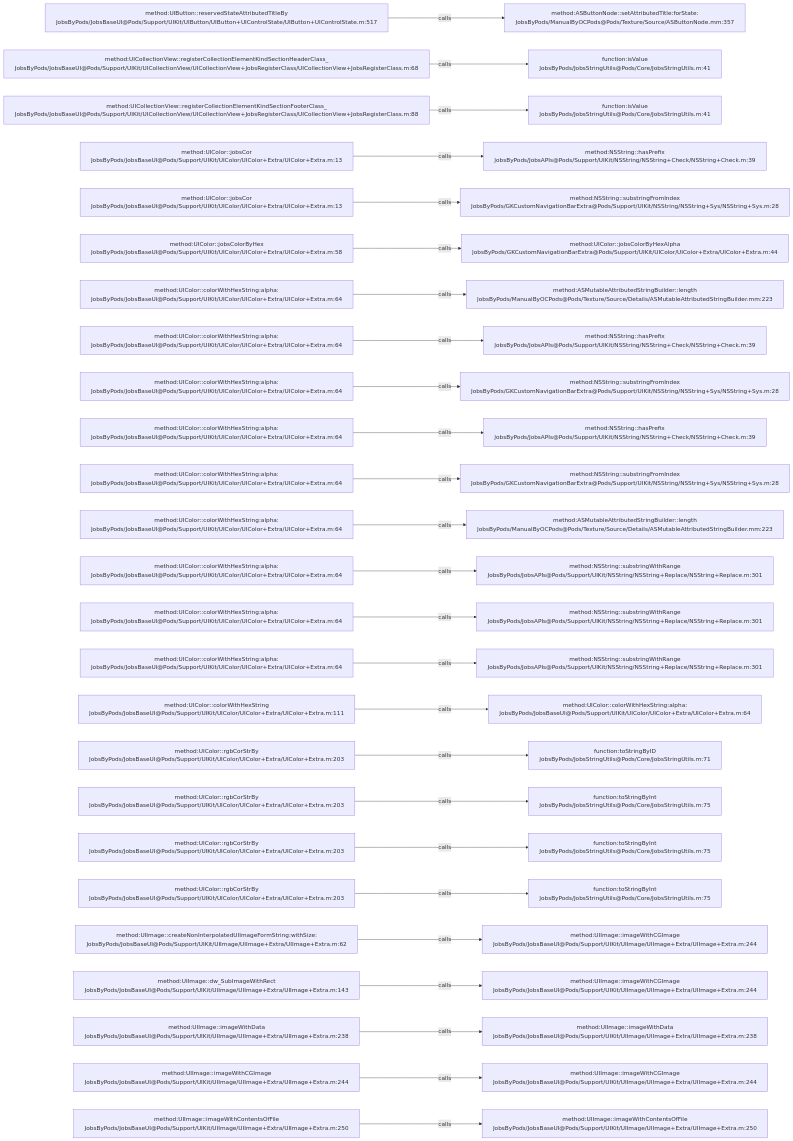
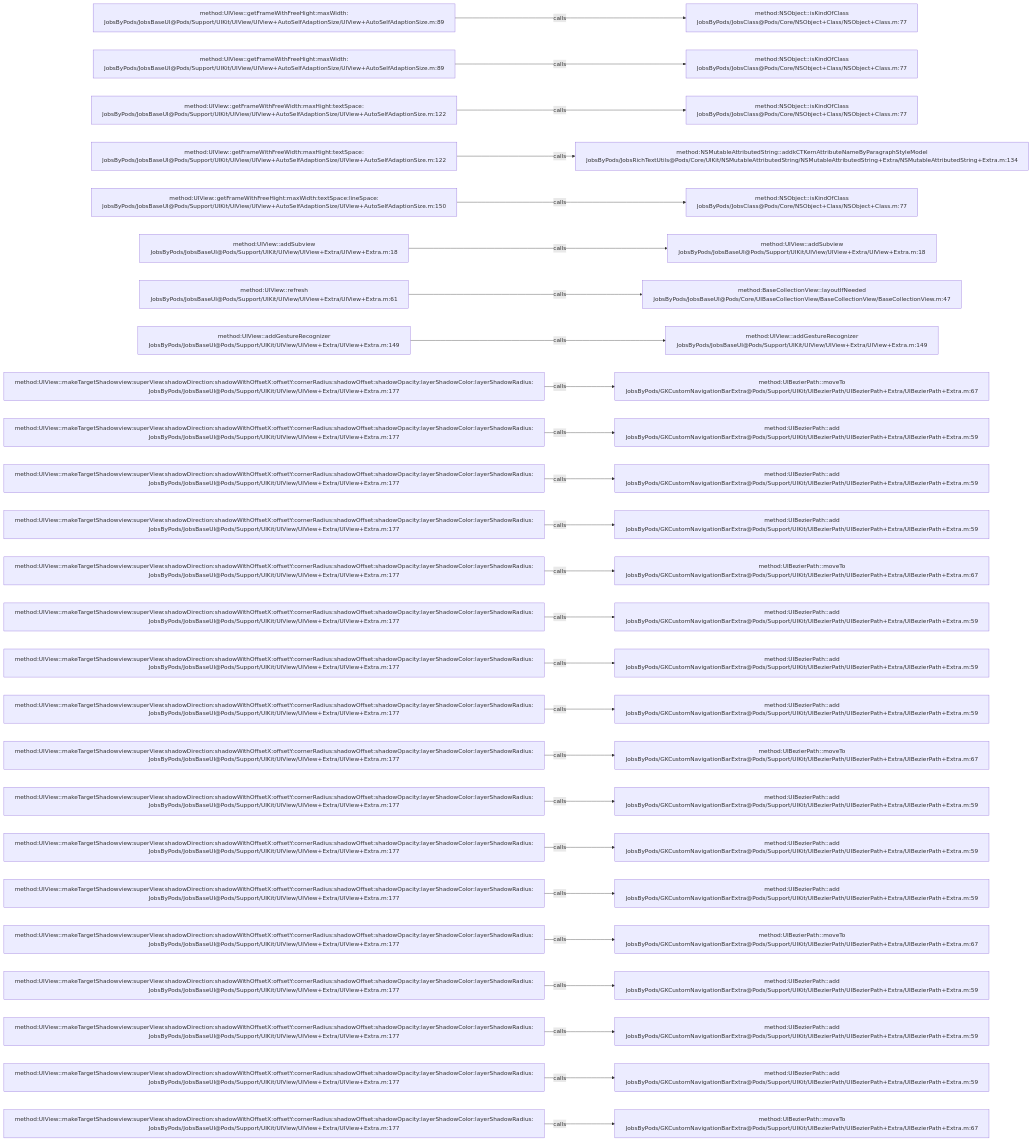
One commit to JobsKits/JobsOCBaseConfigDemo changed the diagram in .codegraph/codegraph.md/graphs/calls-044.md. Above: the diagram before and after it, drawn with Mermaid. The commit also changed 639 other files, not shown here.

````diff
--- a/.codegraph/codegraph.md/graphs/calls-044.md
+++ b/.codegraph/codegraph.md/graphs/calls-044.md
@@ -13,78 +13,78 @@
 ```mermaid
 flowchart LR
-  S1["method:UIButton::reservedStateAttributedTitleBy<br/>JobsByPods/JobsBaseUI@Pods/Support/UIKit/UIButton/UIButton+UIControlState/UIButton+UIControlState.m:517"]
-  T1["method:ASButtonNode::setAttributedTitle:forState:<br/>JobsByPods/ManualByOCPods@Pods/Texture/Source/ASButtonNode.mm:357"]
+  S1["method:UIView::getFrameWithFreeHight:maxWidth:<br/>JobsByPods/JobsBaseUI@Pods/Support/UIKit/UIView/UIView+AutoSelfAdaptionSize/UIView+AutoSelfAdaptionSize.m:89"]
+  T1["method:NSObject::isKindOfClass<br/>JobsByPods/JobsClass@Pods/Core/NSObject+Class/NSObject+Class.m:77"]
   S1 -->|calls| T1
-  S2["method:UICollectionView::registerCollectionElementKindSectionHeaderClass_<br/>JobsByPods/JobsBaseUI@Pods/Support/UIKit/UICollectionView/UICollectionView+JobsRegisterClass/UICollectionView+JobsRegisterClass.m:68"]
-  T2["function:isValue<br/>JobsByPods/JobsStringUtils@Pods/Core/JobsStringUtils.m:41"]
+  S2["method:UIView::getFrameWithFreeHight:maxWidth:<br/>JobsByPods/JobsBaseUI@Pods/Support/UIKit/UIView/UIView+AutoSelfAdaptionSize/UIView+AutoSelfAdaptionSize.m:89"]
+  T2["method:NSObject::isKindOfClass<br/>JobsByPods/JobsClass@Pods/Core/NSObject+Class/NSObject+Class.m:77"]
   S2 -->|calls| T2
-  S3["method:UICollectionView::registerCollectionElementKindSectionFooterClass_<br/>JobsByPods/JobsBaseUI@Pods/Support/UIKit/UICollectionView/UICollectionView+JobsRegisterClass/UICollectionView+JobsRegisterClass.m:88"]
-  T3["function:isValue<br/>JobsByPods/JobsStringUtils@Pods/Core/JobsStringUtils.m:41"]
+  S3["method:UIView::getFrameWithFreeWidth:maxHight:textSpace:<br/>JobsByPods/JobsBaseUI@Pods/Support/UIKit/UIView/UIView+AutoSelfAdaptionSize/UIView+AutoSelfAdaptionSize.m:122"]
+  T3["method:NSObject::isKindOfClass<br/>JobsByPods/JobsClass@Pods/Core/NSObject+Class/NSObject+Class.m:77"]
   S3 -->|calls| T3
-  S4["method:UIColor::jobsCor<br/>JobsByPods/JobsBaseUI@Pods/Support/UIKit/UIColor/UIColor+Extra/UIColor+Extra.m:13"]
-  T4["method:NSString::hasPrefix<br/>JobsByPods/JobsAPIs@Pods/Support/UIKit/NSString/NSString+Check/NSString+Check.m:39"]
+  S4["method:UIView::getFrameWithFreeWidth:maxHight:textSpace:<br/>JobsByPods/JobsBaseUI@Pods/Support/UIKit/UIView/UIView+AutoSelfAdaptionSize/UIView+AutoSelfAdaptionSize.m:122"]
+  T4["method:NSMutableAttributedString::addkCTKernAttributeNameByParagraphStyleModel<br/>JobsByPods/JobsRichTextUtils@Pods/Core/UIKit/NSMutableAttributedString/NSMutableAttributedString+Extra/NSMutableAttributedString+Extra.m:134"]
   S4 -->|calls| T4
-  S5["method:UIColor::jobsCor<br/>JobsByPods/JobsBaseUI@Pods/Support/UIKit/UIColor/UIColor+Extra/UIColor+Extra.m:13"]
-  T5["method:NSString::substringFromIndex<br/>JobsByPods/GKCustomNavigationBarExtra@Pods/Support/UIKit/NSString/NSString+Sys/NSString+Sys.m:28"]
+  S5["method:UIView::getFrameWithFreeHight:maxWidth:textSpace:lineSpace:<br/>JobsByPods/JobsBaseUI@Pods/Support/UIKit/UIView/UIView+AutoSelfAdaptionSize/UIView+AutoSelfAdaptionSize.m:150"]
+  T5["method:NSObject::isKindOfClass<br/>JobsByPods/JobsClass@Pods/Core/NSObject+Class/NSObject+Class.m:77"]
   S5 -->|calls| T5
-  S6["method:UIColor::jobsColorByHex<br/>JobsByPods/JobsBaseUI@Pods/Support/UIKit/UIColor/UIColor+Extra/UIColor+Extra.m:58"]
-  T6["method:UIColor::jobsColorByHexAlpha<br/>JobsByPods/GKCustomNavigationBarExtra@Pods/Support/UIKit/UIColor/UIColor+Extra/UIColor+Extra.m:44"]
+  S6["method:UIView::addSubview<br/>JobsByPods/JobsBaseUI@Pods/Support/UIKit/UIView/UIView+Extra/UIView+Extra.m:18"]
+  T6["method:UIView::addSubview<br/>JobsByPods/JobsBaseUI@Pods/Support/UIKit/UIView/UIView+Extra/UIView+Extra.m:18"]
   S6 -->|calls| T6
-  S7["method:UIColor::colorWithHexString:alpha:<br/>JobsByPods/JobsBaseUI@Pods/Support/UIKit/UIColor/UIColor+Extra/UIColor+Extra.m:64"]
-  T7["method:ASMutableAttributedStringBuilder::length<br/>JobsByPods/ManualByOCPods@Pods/Texture/Source/Details/ASMutableAttributedStringBuilder.mm:223"]
+  S7["method:UIView::refresh<br/>JobsByPods/JobsBaseUI@Pods/Support/UIKit/UIView/UIView+Extra/UIView+Extra.m:61"]
+  T7["method:BaseCollectionView::layoutIfNeeded<br/>JobsByPods/JobsBaseUI@Pods/Core/UIBaseCollectionView/BaseCollectionView/BaseCollectionView.m:47"]
   S7 -->|calls| T7
-  S8["method:UIColor::colorWithHexString:alpha:<br/>JobsByPods/JobsBaseUI@Pods/Support/UIKit/UIColor/UIColor+Extra/UIColor+Extra.m:64"]
-  T8["method:NSString::hasPrefix<br/>JobsByPods/JobsAPIs@Pods/Support/UIKit/NSString/NSString+Check/NSString+Check.m:39"]
+  S8["method:UIView::addGestureRecognizer<br/>JobsByPods/JobsBaseUI@Pods/Support/UIKit/UIView/UIView+Extra/UIView+Extra.m:149"]
+  T8["method:UIView::addGestureRecognizer<br/>JobsByPods/JobsBaseUI@Pods/Support/UIKit/UIView/UIView+Extra/UIView+Extra.m:149"]
   S8 -->|calls| T8
-  S9["method:UIColor::colorWithHexString:alpha:<br/>JobsByPods/JobsBaseUI@Pods/Support/UIKit/UIColor/UIColor+Extra/UIColor+Extra.m:64"]
-  T9["method:NSString::substringFromIndex<br/>JobsByPods/GKCustomNavigationBarExtra@Pods/Support/UIKit/NSString/NSString+Sys/NSString+Sys.m:28"]
+  S9["method:UIView::makeTargetShadowview:superView:shadowDirection:shadowWithOffsetX:offsetY:cornerRadius:shadowOffset:shadowOpacity:layerShadowColor:layerShadowRadius:<br/>JobsByPods/JobsBaseUI@Pods/Support/UIKit/UIView/UIView+Extra/UIView+Extra.m:177"]
+  T9["method:UIBezierPath::moveTo<br/>JobsByPods/GKCustomNavigationBarExtra@Pods/Support/UIKit/UIBezierPath/UIBezierPath+Extra/UIBezierPath+Extra.m:67"]
   S9 -->|calls| T9
-  S10["method:UIColor::colorWithHexString:alpha:<br/>JobsByPods/JobsBaseUI@Pods/Support/UIKit/UIColor/UIColor+Extra/UIColor+Extra.m:64"]
-  T10["method:NSString::hasPrefix<br/>JobsByPods/JobsAPIs@Pods/Support/UIKit/NSString/NSString+Check/NSString+Check.m:39"]
+  S10["method:UIView::makeTargetShadowview:superView:shadowDirection:shadowWithOffsetX:offsetY:cornerRadius:shadowOffset:shadowOpacity:layerShadowColor:layerShadowRadius:<br/>JobsByPods/JobsBaseUI@Pods/Support/UIKit/UIView/UIView+Extra/UIView+Extra.m:177"]
+  T10["method:UIBezierPath::add<br/>JobsByPods/GKCustomNavigationBarExtra@Pods/Support/UIKit/UIBezierPath/UIBezierPath+Extra/UIBezierPath+Extra.m:59"]
   S10 -->|calls| T10
-  S11["method:UIColor::colorWithHexString:alpha:<br/>JobsByPods/JobsBaseUI@Pods/Support/UIKit/UIColor/UIColor+Extra/UIColor+Extra.m:64"]
-  T11["method:NSString::substringFromIndex<br/>JobsByPods/GKCustomNavigationBarExtra@Pods/Support/UIKit/NSString/NSString+Sys/NSString+Sys.m:28"]
+  S11["method:UIView::makeTargetShadowview:superView:shadowDirection:shadowWithOffsetX:offsetY:cornerRadius:shadowOffset:shadowOpacity:layerShadowColor:layerShadowRadius:<br/>JobsByPods/JobsBaseUI@Pods/Support/UIKit/UIView/UIView+Extra/UIView+Extra.m:177"]
+  T11["method:UIBezierPath::add<br/>JobsByPods/GKCustomNavigationBarExtra@Pods/Support/UIKit/UIBezierPath/UIBezierPath+Extra/UIBezierPath+Extra.m:59"]
   S11 -->|calls| T11
-  S12["method:UIColor::colorWithHexString:alpha:<br/>JobsByPods/JobsBaseUI@Pods/Support/UIKit/UIColor/UIColor+Extra/UIColor+Extra.m:64"]
-  T12["method:ASMutableAttributedStringBuilder::length<br/>JobsByPods/ManualByOCPods@Pods/Texture/Source/Details/ASMutableAttributedStringBuilder.mm:223"]
+  S12["method:UIView::makeTargetShadowview:superView:shadowDirection:shadowWithOffsetX:offsetY:cornerRadius:shadowOffset:shadowOpacity:layerShadowColor:layerShadowRadius:<br/>JobsByPods/JobsBaseUI@Pods/Support/UIKit/UIView/UIView+Extra/UIView+Extra.m:177"]
+  T12["method:UIBezierPath::add<br/>JobsByPods/GKCustomNavigationBarExtra@Pods/Support/UIKit/UIBezierPath/UIBezierPath+Extra/UIBezierPath+Extra.m:59"]
   S12 -->|calls| T12
-  S13["method:UIColor::colorWithHexString:alpha:<br/>JobsByPods/JobsBaseUI@Pods/Support/UIKit/UIColor/UIColor+Extra/UIColor+Extra.m:64"]
-  T13["method:NSString::substringWithRange<br/>JobsByPods/JobsAPIs@Pods/Support/UIKit/NSString/NSString+Replace/NSString+Replace.m:301"]
+  S13["method:UIView::makeTargetShadowview:superView:shadowDirection:shadowWithOffsetX:offsetY:cornerRadius:shadowOffset:shadowOpacity:layerShadowColor:layerShadowRadius:<br/>JobsByPods/JobsBaseUI@Pods/Support/UIKit/UIView/UIView+Extra/UIView+Extra.m:177"]
+  T13["method:UIBezierPath::moveTo<br/>JobsByPods/GKCustomNavigationBarExtra@Pods/Support/UIKit/UIBezierPath/UIBezierPath+Extra/UIBezierPath+Extra.m:67"]
   S13 -->|calls| T13
-  S14["method:UIColor::colorWithHexString:alpha:<br/>JobsByPods/JobsBaseUI@Pods/Support/UIKit/UIColor/UIColor+Extra/UIColor+Extra.m:64"]
-  T14["method:NSString::substringWithRange<br/>JobsByPods/JobsAPIs@Pods/Support/UIKit/NSString/NSString+Replace/NSString+Replace.m:301"]
+  S14["method:UIView::makeTargetShadowview:superView:shadowDirection:shadowWithOffsetX:offsetY:cornerRadius:shadowOffset:shadowOpacity:layerShadowColor:layerShadowRadius:<br/>JobsByPods/JobsBaseUI@Pods/Support/UIKit/UIView/UIView+Extra/UIView+Extra.m:177"]
+  T14["method:UIBezierPath::add<br/>JobsByPods/GKCustomNavigationBarExtra@Pods/Support/UIKit/UIBezierPath/UIBezierPath+Extra/UIBezierPath+Extra.m:59"]
   S14 -->|calls| T14
-  S15["method:UIColor::colorWithHexString:alpha:<br/>JobsByPods/JobsBaseUI@Pods/Support/UIKit/UIColor/UIColor+Extra/UIColor+Extra.m:64"]
-  T15["method:NSString::substringWithRange<br/>JobsByPods/JobsAPIs@Pods/Support/UIKit/NSString/NSString+Replace/NSString+Replace.m:301"]
+  S15["method:UIView::makeTargetShadowview:superView:shadowDirection:shadowWithOffsetX:offsetY:cornerRadius:shadowOffset:shadowOpacity:layerShadowColor:layerShadowRadius:<br/>JobsByPods/JobsBaseUI@Pods/Support/UIKit/UIView/UIView+Extra/UIView+Extra.m:177"]
+  T15["method:UIBezierPath::add<br/>JobsByPods/GKCustomNavigationBarExtra@Pods/Support/UIKit/UIBezierPath/UIBezierPath+Extra/UIBezierPath+Extra.m:59"]
   S15 -->|calls| T15
-  S16["method:UIColor::colorWithHexString<br/>JobsByPods/JobsBaseUI@Pods/Support/UIKit/UIColor/UIColor+Extra/UIColor+Extra.m:111"]
-  T16["method:UIColor::colorWithHexString:alpha:<br/>JobsByPods/JobsBaseUI@Pods/Support/UIKit/UIColor/UIColor+Extra/UIColor+Extra.m:64"]
+  S16["method:UIView::makeTargetShadowview:superView:shadowDirection:shadowWithOffsetX:offsetY:cornerRadius:shadowOffset:shadowOpacity:layerShadowColor:layerShadowRadius:<br/>JobsByPods/JobsBaseUI@Pods/Support/UIKit/UIView/UIView+Extra/UIView+Extra.m:177"]
+  T16["method:UIBezierPath::add<br/>JobsByPods/GKCustomNavigationBarExtra@Pods/Support/UIKit/UIBezierPath/UIBezierPath+Extra/UIBezierPath+Extra.m:59"]
   S16 -->|calls| T16
-  S17["method:UIColor::rgbCorStrBy<br/>JobsByPods/JobsBaseUI@Pods/Support/UIKit/UIColor/UIColor+Extra/UIColor+Extra.m:203"]
-  T17["function:toStringByID<br/>JobsByPods/JobsStringUtils@Pods/Core/JobsStringUtils.m:71"]
+  S17["method:UIView::makeTargetShadowview:superView:shadowDirection:shadowWithOffsetX:offsetY:cornerRadius:shadowOffset:shadowOpacity:layerShadowColor:layerShadowRadius:<br/>JobsByPods/JobsBaseUI@Pods/Support/UIKit/UIView/UIView+Extra/UIView+Extra.m:177"]
+  T17["method:UIBezierPath::moveTo<br/>JobsByPods/GKCustomNavigationBarExtra@Pods/Support/UIKit/UIBezierPath/UIBezierPath+Extra/UIBezierPath+Extra.m:67"]
   S17 -->|calls| T17
-  S18["method:UIColor::rgbCorStrBy<br/>JobsByPods/JobsBaseUI@Pods/Support/UIKit/UIColor/UIColor+Extra/UIColor+Extra.m:203"]
-  T18["function:toStringByInt<br/>JobsByPods/JobsStringUtils@Pods/Core/JobsStringUtils.m:75"]
+  S18["method:UIView::makeTargetShadowview:superView:shadowDirection:shadowWithOffsetX:offsetY:cornerRadius:shadowOffset:shadowOpacity:layerShadowColor:layerShadowRadius:<br/>JobsByPods/JobsBaseUI@Pods/Support/UIKit/UIView/UIView+Extra/UIView+Extra.m:177"]
+  T18["method:UIBezierPath::add<br/>JobsByPods/GKCustomNavigationBarExtra@Pods/Support/UIKit/UIBezierPath/UIBezierPath+Extra/UIBezierPath+Extra.m:59"]
   S18 -->|calls| T18
-  S19["method:UIColor::rgbCorStrBy<br/>JobsByPods/JobsBaseUI@Pods/Support/UIKit/UIColor/UIColor+Extra/UIColor+Extra.m:203"]
-  T19["function:toStringByInt<br/>JobsByPods/JobsStringUtils@Pods/Core/JobsStringUtils.m:75"]
+  S19["method:UIView::makeTargetShadowview:superView:shadowDirection:shadowWithOffsetX:offsetY:cornerRadius:shadowOffset:shadowOpacity:layerShadowColor:layerShadowRadius:<br/>JobsByPods/JobsBaseUI@Pods/Support/UIKit/UIView/UIView+Extra/UIView+Extra.m:177"]
+  T19["method:UIBezierPath::add<br/>JobsByPods/GKCustomNavigationBarExtra@Pods/Support/UIKit/UIBezierPath/UIBezierPath+Extra/UIBezierPath+Extra.m:59"]
   S19 -->|calls| T19
-  S20["method:UIColor::rgbCorStrBy<br/>JobsByPods/JobsBaseUI@Pods/Support/UIKit/UIColor/UIColor+Extra/UIColor+Extra.m:203"]
-  T20["function:toStringByInt<br/>JobsByPods/JobsStringUtils@Pods/Core/JobsStringUtils.m:75"]
+  S20["method:UIView::makeTargetShadowview:superView:shadowDirection:shadowWithOffsetX:offsetY:cornerRadius:shadowOffset:shadowOpacity:layerShadowColor:layerShadowRadius:<br/>JobsByPods/JobsBaseUI@Pods/Support/UIKit/UIView/UIView+Extra/UIView+Extra.m:177"]
+  T20["method:UIBezierPath::add<br/>JobsByPods/GKCustomNavigationBarExtra@Pods/Support/UIKit/UIBezierPath/UIBezierPath+Extra/UIBezierPath+Extra.m:59"]
   S20 -->|calls| T20
-  S21["method:UIImage::createNonInterpolatedUIImageFormString:withSize:<br/>JobsByPods/JobsBaseUI@Pods/Support/UIKit/UIImage/UIImage+Extra/UIImage+Extra.m:62"]
-  T21["method:UIImage::imageWithCGImage<br/>JobsByPods/JobsBaseUI@Pods/Support/UIKit/UIImage/UIImage+Extra/UIImage+Extra.m:244"]
+  S21["method:UIView::makeTargetShadowview:superView:shadowDirection:shadowWithOffsetX:offsetY:cornerRadius:shadowOffset:shadowOpacity:layerShadowColor:layerShadowRadius:<br/>JobsByPods/JobsBaseUI@Pods/Support/UIKit/UIView/UIView+Extra/UIView+Extra.m:177"]
+  T21["method:UIBezierPath::moveTo<br/>JobsByPods/GKCustomNavigationBarExtra@Pods/Support/UIKit/UIBezierPath/UIBezierPath+Extra/UIBezierPath+Extra.m:67"]
   S21 -->|calls| T21
-  S22["method:UIImage::dw_SubImageWithRect<br/>JobsByPods/JobsBaseUI@Pods/Support/UIKit/UIImage/UIImage+Extra/UIImage+Extra.m:143"]
-  T22["method:UIImage::imageWithCGImage<br/>JobsByPods/JobsBaseUI@Pods/Support/UIKit/UIImage/UIImage+Extra/UIImage+Extra.m:244"]
+  S22["method:UIView::makeTargetShadowview:superView:shadowDirection:shadowWithOffsetX:offsetY:cornerRadius:shadowOffset:shadowOpacity:layerShadowColor:layerShadowRadius:<br/>JobsByPods/JobsBaseUI@Pods/Support/UIKit/UIView/UIView+Extra/UIView+Extra.m:177"]
+  T22["method:UIBezierPath::add<br/>JobsByPods/GKCustomNavigationBarExtra@Pods/Support/UIKit/UIBezierPath/UIBezierPath+Extra/UIBezierPath+Extra.m:59"]
   S22 -->|calls| T22
-  S23["method:UIImage::imageWithData<br/>JobsByPods/JobsBaseUI@Pods/Support/UIKit/UIImage/UIImage+Extra/UIImage+Extra.m:238"]
-  T23["method:UIImage::imageWithData<br/>JobsByPods/JobsBaseUI@Pods/Support/UIKit/UIImage/UIImage+Extra/UIImage+Extra.m:238"]
+  S23["method:UIView::makeTargetShadowview:superView:shadowDirection:shadowWithOffsetX:offsetY:cornerRadius:shadowOffset:shadowOpacity:layerShadowColor:layerShadowRadius:<br/>JobsByPods/JobsBaseUI@Pods/Support/UIKit/UIView/UIView+Extra/UIView+Extra.m:177"]
+  T23["method:UIBezierPath::add<br/>JobsByPods/GKCustomNavigationBarExtra@Pods/Support/UIKit/UIBezierPath/UIBezierPath+Extra/UIBezierPath+Extra.m:59"]
   S23 -->|calls| T23
-  S24["method:UIImage::imageWithCGImage<br/>JobsByPods/JobsBaseUI@Pods/Support/UIKit/UIImage/UIImage+Extra/UIImage+Extra.m:244"]
-  T24["method:UIImage::imageWithCGImage<br/>JobsByPods/JobsBaseUI@Pods/Support/UIKit/UIImage/UIImage+Extra/UIImage+Extra.m:244"]
+  S24["method:UIView::makeTargetShadowview:superView:shadowDirection:shadowWithOffsetX:offsetY:cornerRadius:shadowOffset:shadowOpacity:layerShadowColor:layerShadowRadius:<br/>JobsByPods/JobsBaseUI@Pods/Support/UIKit/UIView/UIView+Extra/UIView+Extra.m:177"]
+  T24["method:UIBezierPath::add<br/>JobsByPods/GKCustomNavigationBarExtra@Pods/Support/UIKit/UIBezierPath/UIBezierPath+Extra/UIBezierPath+Extra.m:59"]
   S24 -->|calls| T24
-  S25["method:UIImage::imageWithContentsOfFile<br/>JobsByPods/JobsBaseUI@Pods/Support/UIKit/UIImage/UIImage+Extra/UIImage+Extra.m:250"]
-  T25["method:UIImage::imageWithContentsOfFile<br/>JobsByPods/JobsBaseUI@Pods/Support/UIKit/UIImage/UIImage+Extra/UIImage+Extra.m:250"]
+  S25["method:UIView::makeTargetShadowview:superView:shadowDirection:shadowWithOffsetX:offsetY:cornerRadius:shadowOffset:shadowOpacity:layerShadowColor:layerShadowRadius:<br/>JobsByPods/JobsBaseUI@Pods/Support/UIKit/UIView/UIView+Extra/UIView+Extra.m:177"]
+  T25["method:UIBezierPath::moveTo<br/>JobsByPods/GKCustomNavigationBarExtra@Pods/Support/UIKit/UIBezierPath/UIBezierPath+Extra/UIBezierPath+Extra.m:67"]
   S25 -->|calls| T25
 ```
````
